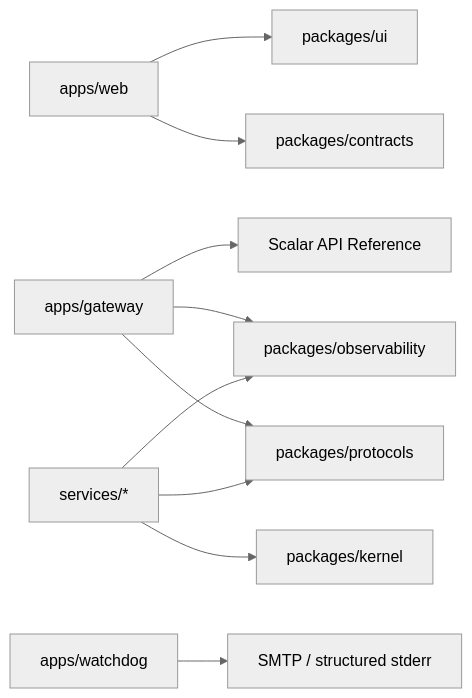
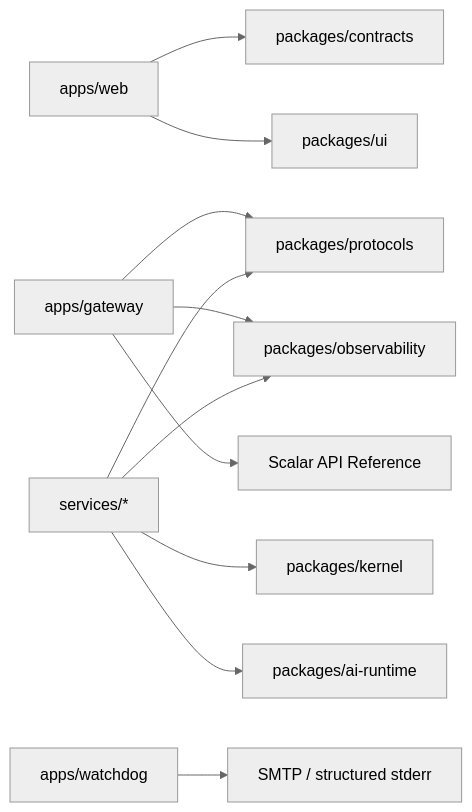
Before and after one commit to r4ai/news-podcast: the second of 8 diagrams in docs/architecture.md, drawn with Mermaid (neutral theme). The commit also changed other lines of this file and 189 other files, not shown here.

````diff
--- a/docs/architecture.md
+++ b/docs/architecture.md
@@ -85,12 +87,13 @@
 ```mermaid
 flowchart LR
   Web["apps/web"] --> Contracts["packages/contracts"]
   Web --> UI["packages/ui"]
   Gateway["apps/gateway"] --> Protocols["packages/protocols"]
   Gateway --> Observability["packages/observability"]
   Gateway --> Scalar["Scalar API Reference"]
   Services["services/*"] --> Protocols
   Services --> Kernel["packages/kernel"]
   Services --> Observability
+  Services --> AiRuntime["packages/ai-runtime"]
   Watchdog["apps/watchdog"] --> Notify["SMTP / structured stderr"]
 ```
````
